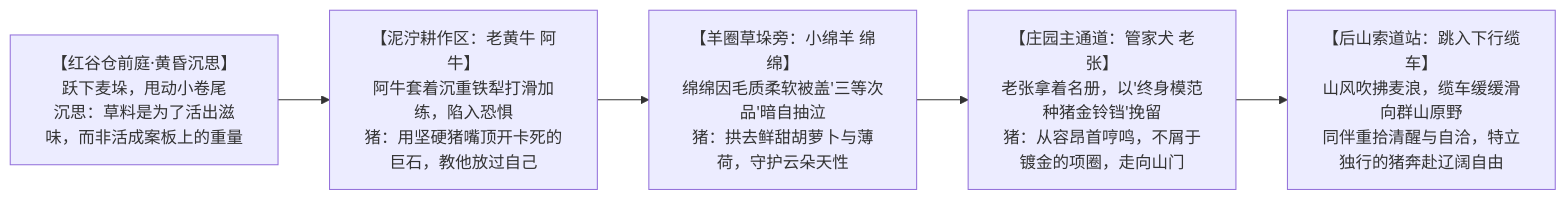
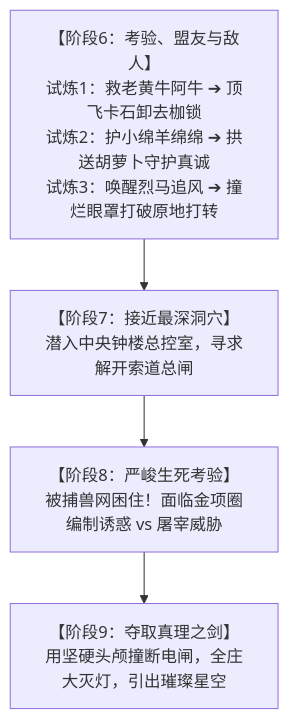
One commit to chenzhaoxuan0/piggame changed the second of 3 diagrams in docs/PIG_STORY_LINE_FULL.md. Above: the diagram before and after it, drawn with Mermaid. The commit also changed other lines of this file and 4 other files, not shown here.

````diff
--- a/docs/PIG_STORY_LINE_FULL.md
+++ b/docs/PIG_STORY_LINE_FULL.md
@@ -34,8 +89,9 @@
 ```mermaid
-flowchart LR
-    A["【红谷仓前庭·黄昏沉思】<br/>跃下麦垛，甩动小卷尾<br/>沉思：草料是为了活出滋味，而非活成案板上的重量"] 
-    --> B["【泥泞耕作区：老黄牛 阿牛】<br/>阿牛套着沉重铁犁打滑加练，陷入恐惧<br/>猪：用坚硬猪嘴顶开卡死的巨石，教他放过自己"]
-    --> C["【羊圈草垛旁：小绵羊 绵绵】<br/>绵绵因毛质柔软被盖'三等次品'暗自抽泣<br/>猪：拱去鲜甜胡萝卜与薄荷，守护云朵天性"]
-    --> D["【庄园主通道：管家犬 老张】<br/>老张拿着名册，以'终身模范种猪金铃铛'挽留<br/>猪：从容昂首哼鸣，不屑于镀金的项圈，走向山门"]
-    --> E["【后山索道站：跳入下行缆车】<br/>山风吹拂麦浪，缆车缓缓滑向群山原野<br/>同伴重拾清醒与自洽，特立独行的猪奔赴辽阔自由"]
+flowchart TD
+    S6["【阶段6：考验、盟友与敌人】<br/>试炼1：救老黄牛阿牛 ➔ 顶飞卡石卸去枷锁<br/>试炼2：护小绵羊绵绵 ➔ 拱送胡萝卜守护真诚<br/>试炼3：唤醒烈马追风 ➔ 撞烂眼罩打破原地打转"]
+    S7["【阶段7：接近最深洞穴】<br/>潜入中央钟楼总控室，寻求解开索道总闸"]
+    S8["【阶段8：严峻生死考验】<br/>被捕兽网困住！面临金项圈编制诱惑 vs 屠宰威胁"]
+    S9["【阶段9：夺取真理之剑】<br/>用坚硬头颅撞断电闸，全庄大灭灯，引出璀璨星空"]
+
+    S6 --> S7 --> S8 --> S9
 ```
````
